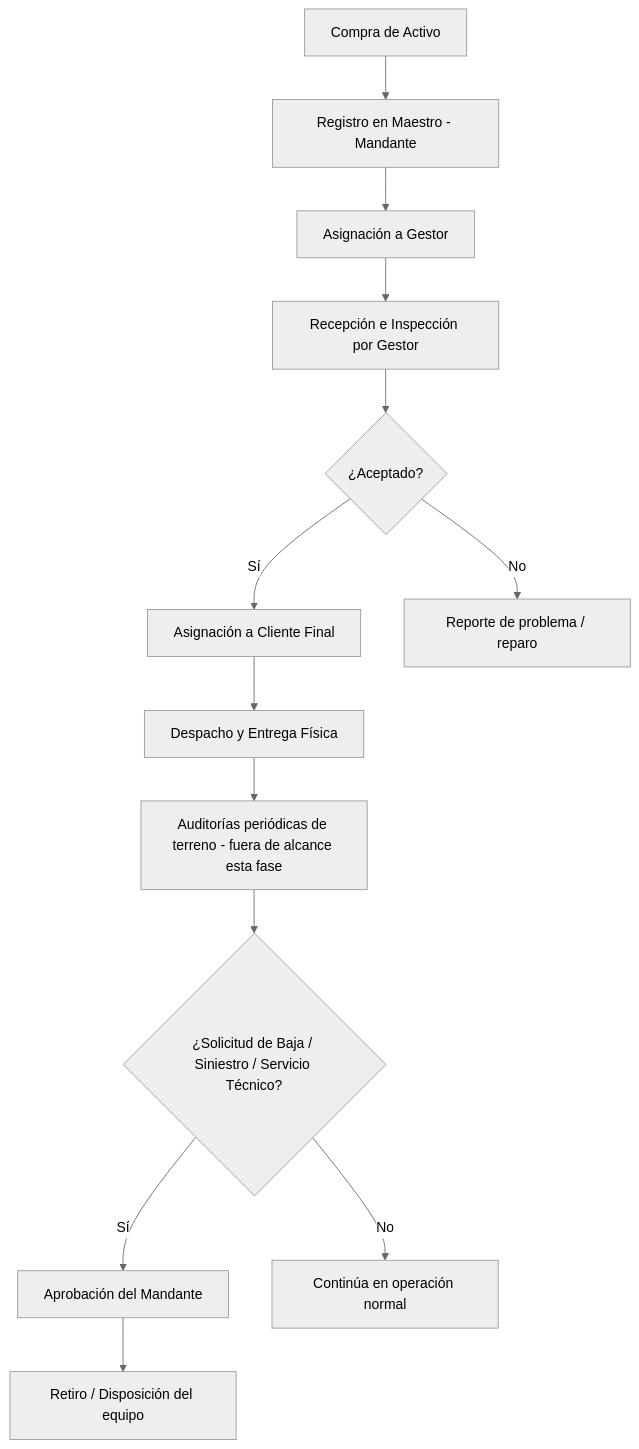
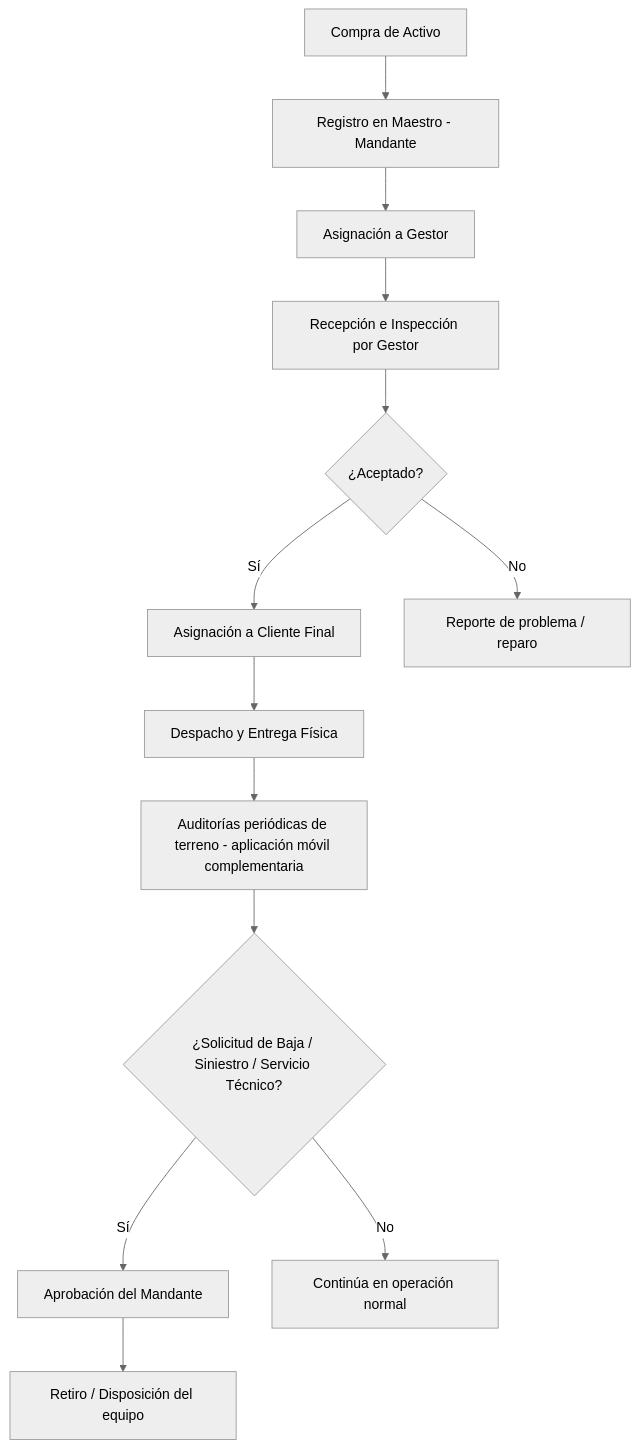
The third of 7 diagrams in .gitbook/docs/diagramas-del-sistema.md (nicolascasanova0799/Prototipo-Maquinas), drawn with Mermaid (neutral theme) before and after one commit. The commit also changed other lines of this file and 56 other files, not shown here.

````diff
--- a/.gitbook/docs/diagramas-del-sistema.md
+++ b/.gitbook/docs/diagramas-del-sistema.md
@@ -127,15 +127,15 @@
 ```mermaid
 flowchart TD
     A[Compra de Activo] --> B[Registro en Maestro - Mandante]
     B --> C[Asignación a Gestor]
     C --> D[Recepción e Inspección por Gestor]
     D --> E{¿Aceptado?}
     E -->|Sí| F[Asignación a Cliente Final]
     E -->|No| G[Reporte de problema / reparo]
     F --> H[Despacho y Entrega Física]
-    H --> I[Auditorías periódicas de terreno - fuera de alcance esta fase]
+    H --> I[Auditorías periódicas de terreno - aplicación móvil complementaria]
     I --> J{¿Solicitud de Baja / Siniestro / Servicio Técnico?}
     J -->|Sí| K[Aprobación del Mandante]
     K --> L[Retiro / Disposición del equipo]
     J -->|No| M[Continúa en operación normal]
 ```
````
